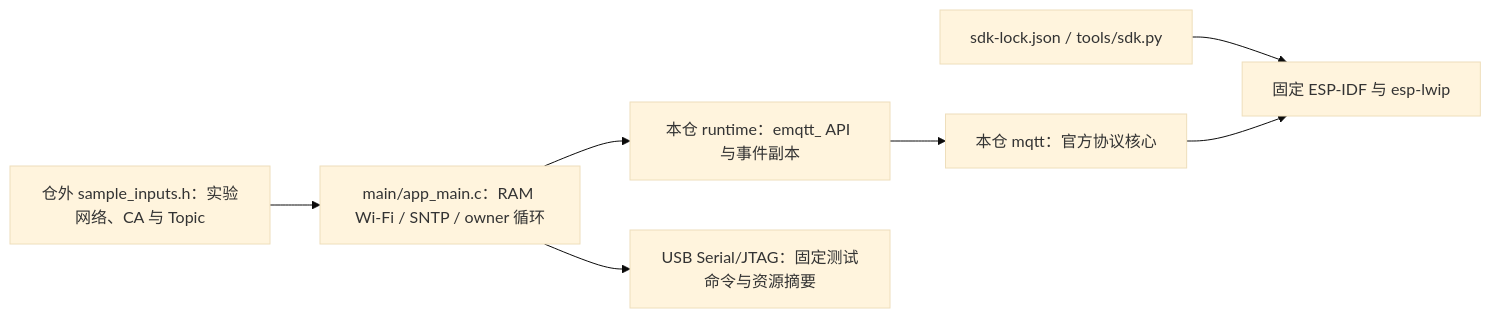
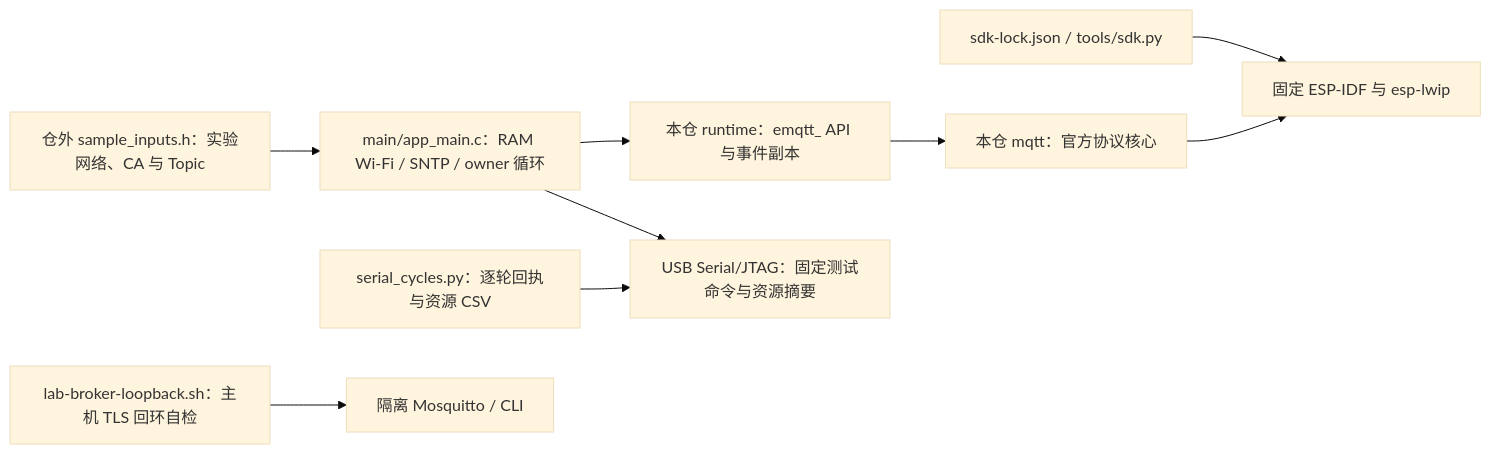
Before and after one commit to darren-you/esp-mqtt: the diagram in examples/broker-client/README.md, drawn with Mermaid (base theme). The commit also changed other lines of this file and 4 other files, not shown here.

````diff
--- a/examples/broker-client/README.md
+++ b/examples/broker-client/README.md
@@ -7,9 +7,11 @@
 ```mermaid
 flowchart LR
     inputs["仓外 sample_inputs.h：实验网络、CA 与 Topic"] --> app["main/app_main.c：RAM Wi-Fi / SNTP / owner 循环"]
     app --> runtime["本仓 runtime：emqtt_ API 与事件副本"]
     runtime --> core["本仓 mqtt：官方协议核心"]
     lock["sdk-lock.json / tools/sdk.py"] --> idf["固定 ESP-IDF 与 esp-lwip"]
     core --> idf
     app --> serial["USB Serial/JTAG：固定测试命令与资源摘要"]
+    cycles["serial_cycles.py：逐轮回执与资源 CSV"] --> serial
+    loopback["lab-broker-loopback.sh：主机 TLS 回环自检"] --> mosquitto["隔离 Mosquitto / CLI"]
 ```
````
